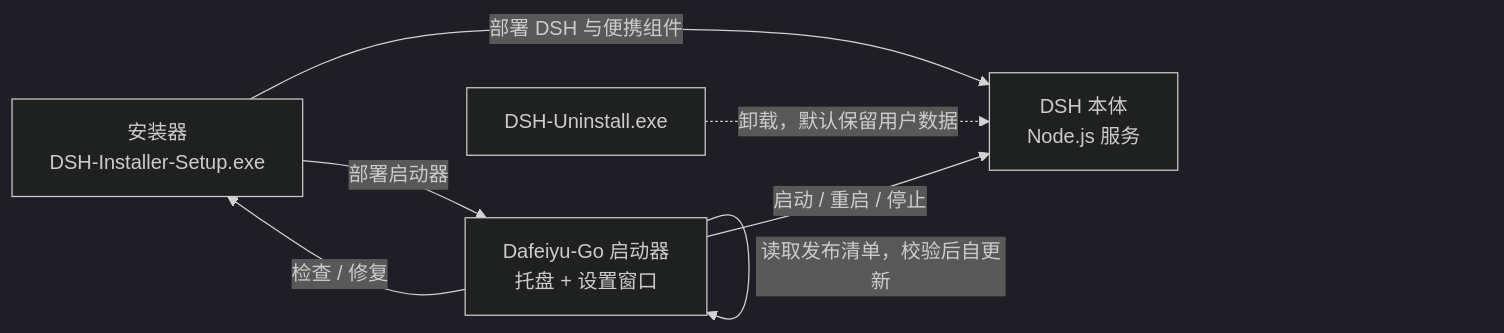
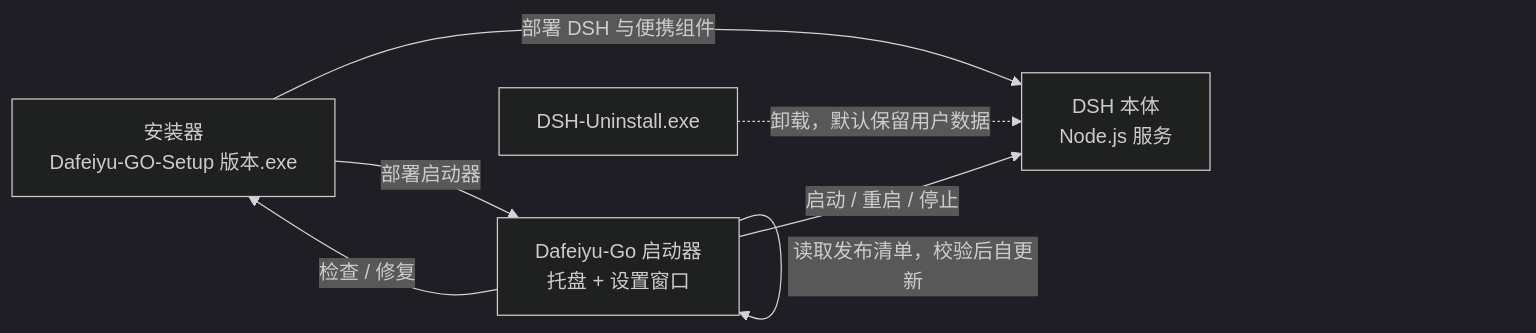
Before and after one commit to YunxiRamito/Dafeiyu-Go-DeepSeek-Harness-Setup: the diagram in README.md, drawn with Mermaid (dark theme). The commit also changed other lines of this file and 25 other files, not shown here.

````diff
--- a/README.md
+++ b/README.md
@@ -173,9 +173,9 @@
 ```mermaid
 flowchart LR
-    S["安装器<br/>DSH-Installer-Setup.exe"] -->|部署 DSH 与便携组件| D["DSH 本体<br/>Node.js 服务"]
+    S["安装器<br/>Dafeiyu-GO-Setup 版本.exe"] -->|部署 DSH 与便携组件| D["DSH 本体<br/>Node.js 服务"]
     S -->|部署启动器| L["Dafeiyu-Go 启动器<br/>托盘 + 设置窗口"]
     L -->|启动 / 重启 / 停止| D
     L -->|读取发布清单，校验后自更新| L
     L -->|检查 / 修复| S
     U["DSH-Uninstall.exe"] -.->|卸载，默认保留用户数据| D
 ```
````
